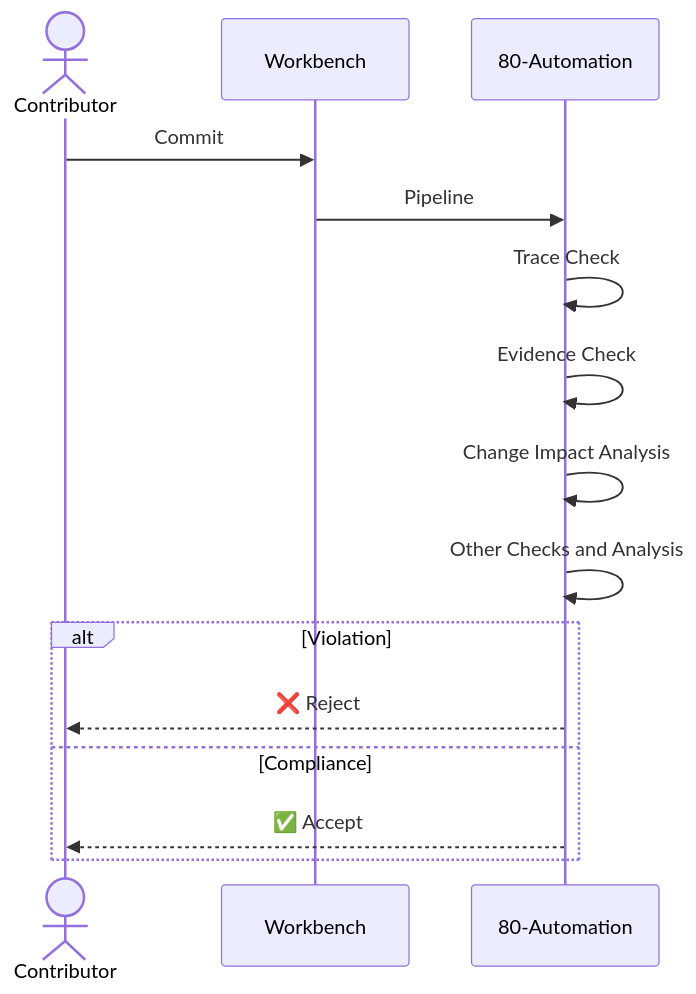
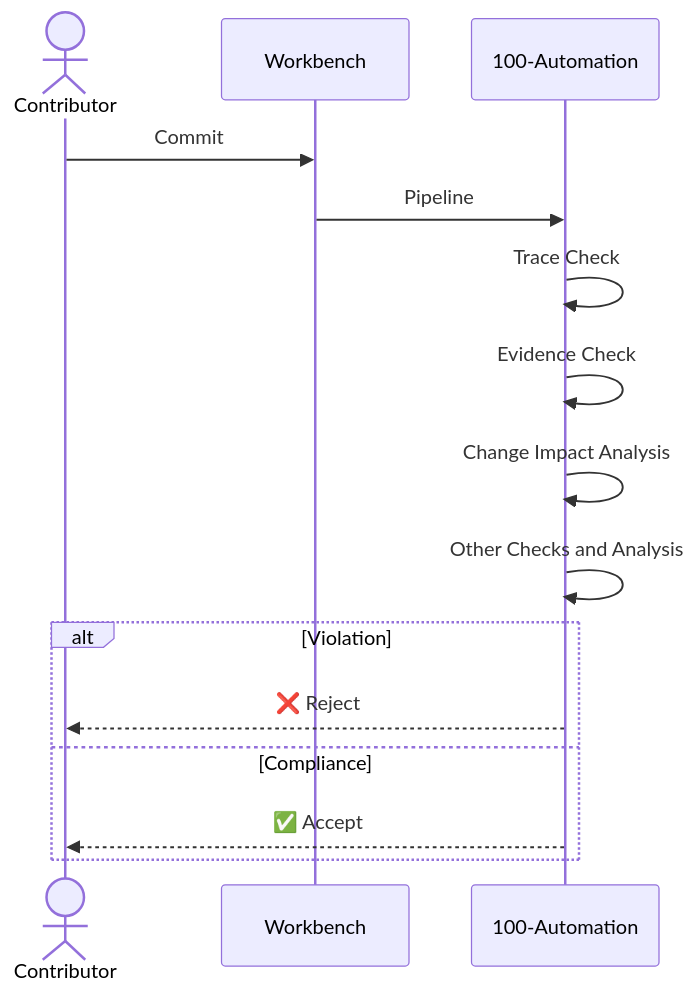
The seventh of 7 diagrams in elan_intro.md (nnworkspace/presentations), drawn with Mermaid before and after one commit. The commit also changed other lines of this file, not shown here.

````diff
--- a/elan_intro.md
+++ b/elan_intro.md
@@ -1085,19 +1085,19 @@
 ```mermaid {scale: 0.5}
 sequenceDiagram
     actor Contributor
     participant Git as Workbench
-    participant CI as 80-Automation
+    participant CI as 100-Automation
     
     Contributor->>Git: Commit
     Git->>CI: Pipeline
     CI->>CI: Trace Check
     CI->>CI: Evidence Check
     CI->>CI: Change Impact Analysis
     CI->>CI: Other Checks and Analysis
     
     alt Violation
         CI-->>Contributor: ❌ Reject
     else Compliance
         CI-->>Contributor: ✅ Accept
     end
 ```
````
